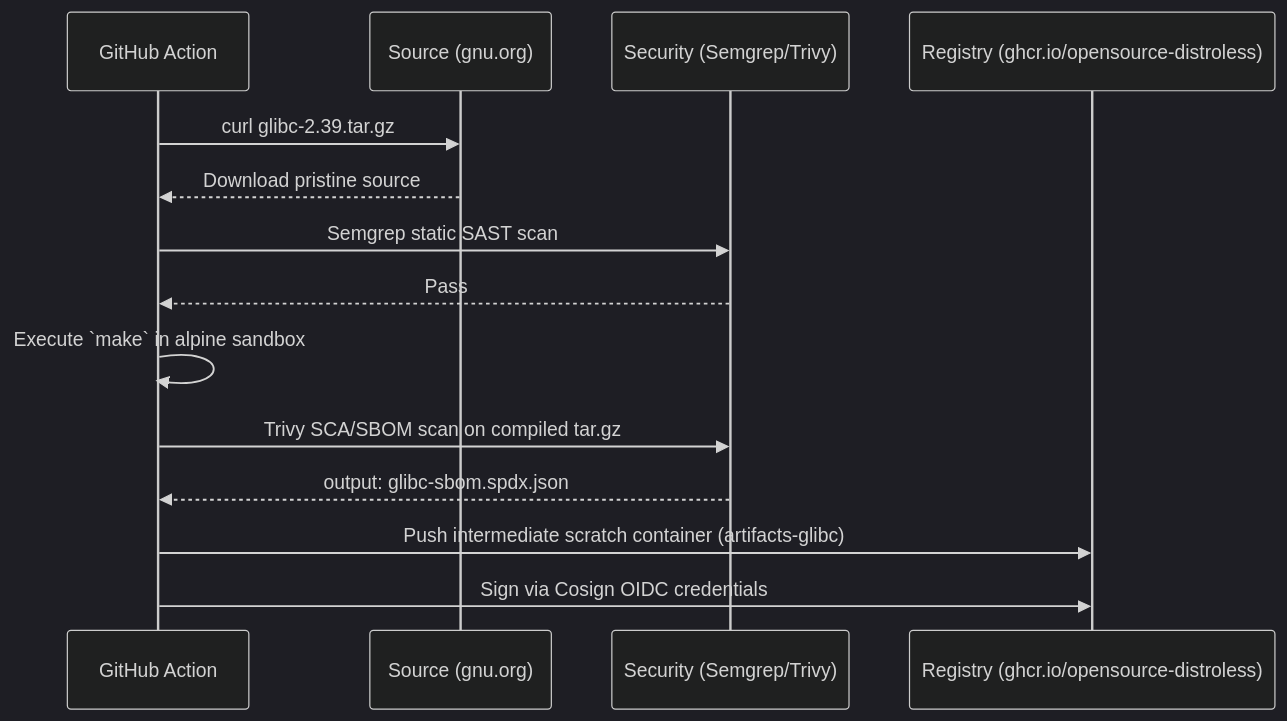
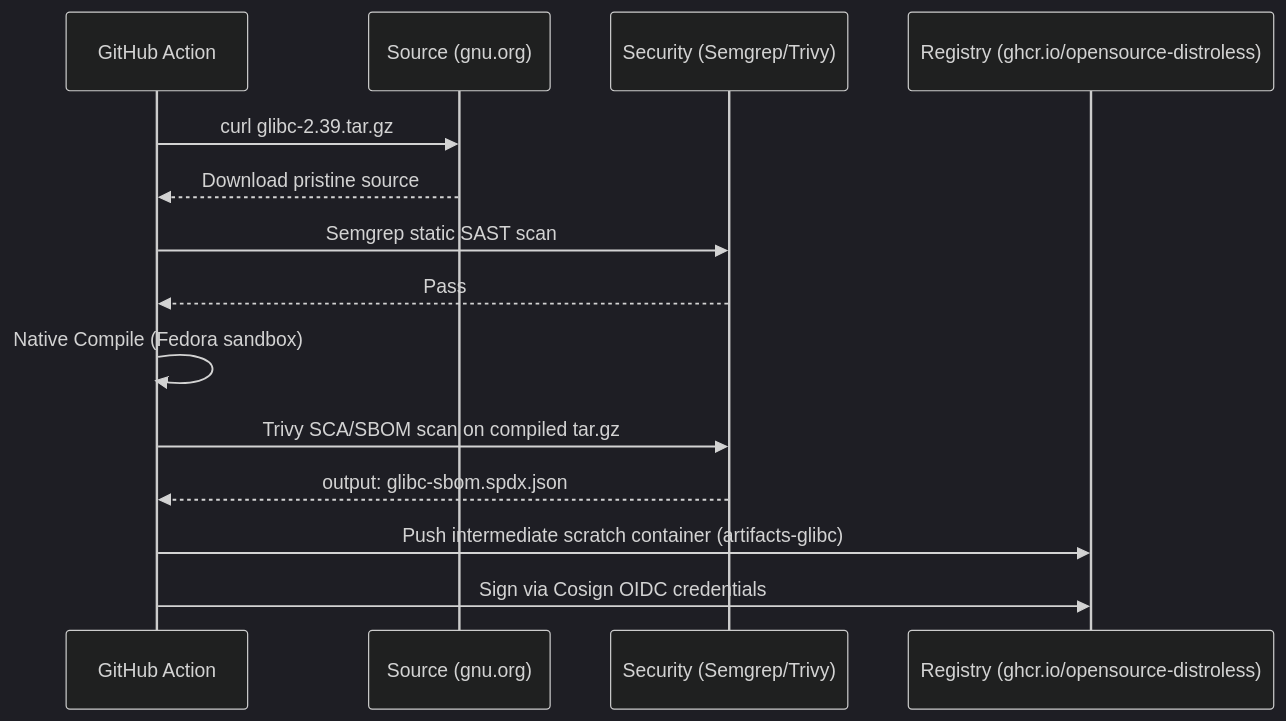
The diagram in docs/mermaid/build-glibc.mmd (mbuccarello/distroless-the-hard-way), drawn with Mermaid (dark theme) before and after one commit. The commit also changed 22 other files, not shown here.

```diff
--- a/docs/mermaid/build-glibc.mmd
+++ b/docs/mermaid/build-glibc.mmd
@@ -1,18 +1,18 @@
 sequenceDiagram
     participant GH as GitHub Action
     participant S as Source (gnu.org)
     participant Sec as Security (Semgrep/Trivy)
     participant R as Registry (ghcr.io/opensource-distroless)
     
     GH->>S: curl glibc-2.39.tar.gz
     S-->>GH: Download pristine source
     GH->>Sec: Semgrep static SAST scan
     Sec-->>GH: Pass
     
-    GH->>GH: Execute `make` in alpine sandbox
+    GH->>GH: Native Compile (Fedora sandbox)
     
     GH->>Sec: Trivy SCA/SBOM scan on compiled tar.gz
     Sec-->>GH: output: glibc-sbom.spdx.json
     
     GH->>R: Push intermediate scratch container (artifacts-glibc)
     GH->>R: Sign via Cosign OIDC credentials
```
